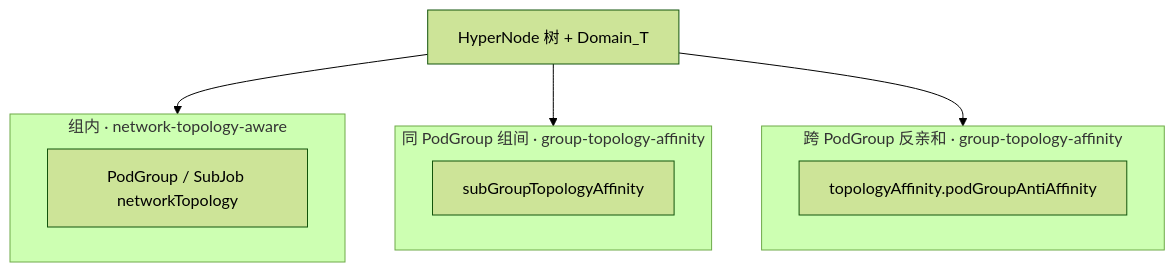
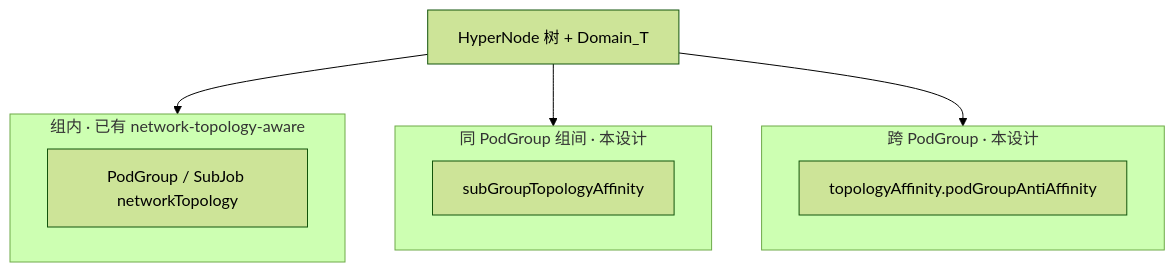
The first of 16 diagrams in docs/design/group-topology-affinity.md (wangyang0616/volcano), drawn with Mermaid (forest theme) before and after one commit. The commit also changed other lines of this file, not shown here.

````diff
--- a/docs/design/group-topology-affinity.md
+++ b/docs/design/group-topology-affinity.md
@@ -62,15 +88,15 @@
 ```mermaid
 flowchart TB
-    subgraph L1 ["组内 · network-topology-aware"]
-        A1["PodGroup / SubJob networkTopology"]
+    subgraph layer_intra_group ["组内 · 已有 network-topology-aware"]
+        network_topology_field["PodGroup / SubJob networkTopology"]
     end
-    subgraph L2 ["同 PodGroup 组间 · group-topology-affinity"]
-        A2["subGroupTopologyAffinity"]
+    subgraph layer_same_podgroup ["同 PodGroup 组间 · 本设计"]
+        sub_group_topology_affinity_field["subGroupTopologyAffinity"]
     end
-    subgraph L3 ["跨 PodGroup 反亲和 · group-topology-affinity"]
-        A3["topologyAffinity.podGroupAntiAffinity"]
+    subgraph layer_cross_podgroup ["跨 PodGroup · 本设计"]
+        topology_affinity_anti["topologyAffinity.podGroupAntiAffinity"]
     end
-    R["HyperNode 树 + Domain_T"] --> L1
-    R --> L2
-    R --> L3
+    hypernode_tree["HyperNode 树 + Domain_T"] --> layer_intra_group
+    hypernode_tree --> layer_same_podgroup
+    hypernode_tree --> layer_cross_podgroup
 ```
````
